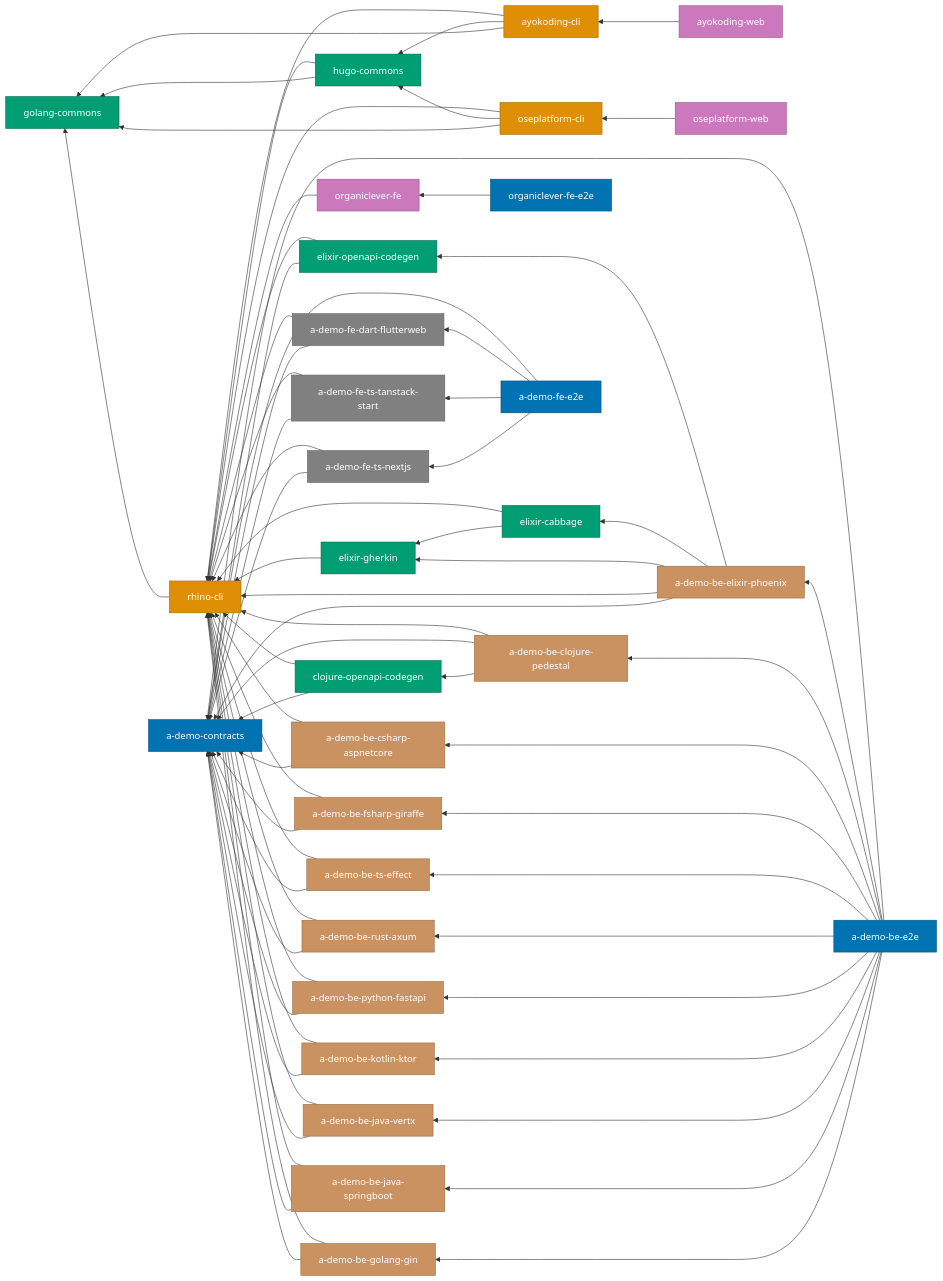
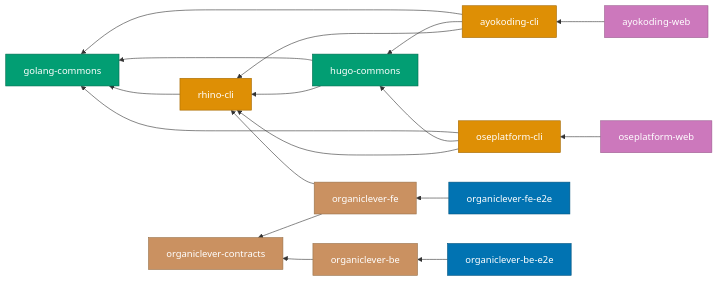
One commit to wahidyankf/open-sharia-enterprise changed the diagram in docs/reference/project-dependency-graph.md. Above: the diagram before and after it, drawn with Mermaid. The commit also changed other lines of this file and 41 other files, not shown here.

````diff
--- a/docs/reference/project-dependency-graph.md
+++ b/docs/reference/project-dependency-graph.md
@@ -58,54 +56,24 @@
 ```mermaid
 graph RL
-  %% Specs (leaf)
-  DC[a-demo-contracts]
-
   %% Go libs (leaf / near-leaf)
   GC[golang-commons]
   HC[hugo-commons]
-
-  %% Elixir libs
-  EG[elixir-gherkin]
-  EC[elixir-cabbage]
-  EOC[elixir-openapi-codegen]
-
-  %% Clojure lib
-  COC[clojure-openapi-codegen]
 
   %% CLI tools
   RC[rhino-cli]
   AKC[ayokoding-cli]
   OPC[oseplatform-cli]
 
-  %% Hugo sites
+  %% Content sites
   AKW[ayokoding-web]
   OPW[oseplatform-web]
 
   %% OrganicLever
-  OLW[organiclever-fe]
-  OLE[organiclever-fe-e2e]
-
-  %% Demo backends (grouped)
-  GOLANG[a-demo-be-golang-gin]
-  SPRING[a-demo-be-java-springboot]
-  VERTX[a-demo-be-java-vertx]
-  KOTLIN[a-demo-be-kotlin-ktor]
-  PYTHON[a-demo-be-python-fastapi]
-  RUST[a-demo-be-rust-axum]
-  EFFECT[a-demo-be-ts-effect]
-  FSHARP[a-demo-be-fsharp-giraffe]
-  CSHARP[a-demo-be-csharp-aspnetcore]
-  CLOJURE[a-demo-be-clojure-pedestal]
-  ELIXIR[a-demo-be-elixir-phoenix]
-
-  %% Demo frontends
-  NEXTJS[a-demo-fe-ts-nextjs]
-  TANSTACK[a-demo-fe-ts-tanstack-start]
-  FLUTTER[a-demo-fe-dart-flutterweb]
-
-  %% E2E
-  BEE2E[a-demo-be-e2e]
-  FEE2E[a-demo-fe-e2e]
+  OLF[organiclever-fe]
+  OLB[organiclever-be]
+  OLC[organiclever-contracts]
+  OLFE2E[organiclever-fe-e2e]
+  OLBE2E[organiclever-be-e2e]
 
   %% --- Dependency edges ---
 
@@ -120,91 +88,27 @@
   OPC --> HC
   OPC --> RC
 
-  %% Hugo sites
+  %% Content sites
   AKW --> AKC
   OPW --> OPC
 
-  %% Elixir lib chain
-  EC --> EG
-  EC --> RC
-  EG --> RC
-  EOC --> DC
-  EOC --> RC
-  COC --> DC
-  COC --> RC
-
   %% OrganicLever
-  OLW --> RC
-  OLE --> OLW
-
-  %% Demo backends -> shared deps
-  GOLANG --> DC
-  GOLANG --> RC
-  SPRING --> DC
-  SPRING --> RC
-  VERTX --> DC
-  VERTX --> RC
-  KOTLIN --> DC
-  KOTLIN --> RC
-  PYTHON --> DC
-  PYTHON --> RC
-  RUST --> DC
-  RUST --> RC
-  EFFECT --> DC
-  EFFECT --> RC
-  FSHARP --> DC
-  FSHARP --> RC
-  CSHARP --> DC
-  CSHARP --> RC
-  CLOJURE --> COC
-  CLOJURE --> DC
-  CLOJURE --> RC
-  ELIXIR --> DC
-  ELIXIR --> RC
-  ELIXIR --> EG
-  ELIXIR --> EC
-  ELIXIR --> EOC
-
-  %% Demo frontends -> shared deps
-  NEXTJS --> DC
-  NEXTJS --> RC
-  TANSTACK --> DC
-  TANSTACK --> RC
-  FLUTTER --> DC
-  FLUTTER --> RC
-
-  %% E2E -> apps
-  BEE2E --> GOLANG
-  BEE2E --> SPRING
-  BEE2E --> VERTX
-  BEE2E --> KOTLIN
-  BEE2E --> PYTHON
-  BEE2E --> RUST
-  BEE2E --> EFFECT
-  BEE2E --> FSHARP
-  BEE2E --> CSHARP
-  BEE2E --> CLOJURE
-  BEE2E --> ELIXIR
-  BEE2E --> DC
-  FEE2E --> NEXTJS
-  FEE2E --> TANSTACK
-  FEE2E --> FLUTTER
-  FEE2E --> DC
+  OLF --> RC
+  OLF --> OLC
+  OLB --> OLC
+  OLFE2E --> OLF
+  OLBE2E --> OLB
 
   %% Styles
-  classDef spec fill:#0173B2,stroke:#01537F,color:#FFFFFF
   classDef lib fill:#029E73,stroke:#016B4E,color:#FFFFFF
   classDef cli fill:#DE8F05,stroke:#A56A04,color:#FFFFFF
   classDef site fill:#CC78BC,stroke:#9A5A8E,color:#FFFFFF
-  classDef backend fill:#CA9161,stroke:#977048,color:#FFFFFF
-  classDef frontend fill:#808080,stroke:#606060,color:#FFFFFF
+  classDef product fill:#CA9161,stroke:#977048,color:#FFFFFF
   classDef e2e fill:#0173B2,stroke:#01537F,color:#FFFFFF
 
-  class DC spec
-  class GC,HC,EG,EC,EOC,COC lib
+  class GC,HC lib
   class RC,AKC,OPC cli
-  class AKW,OPW,OLW site
-  class GOLANG,SPRING,VERTX,KOTLIN,PYTHON,RUST,EFFECT,FSHARP,CSHARP,CLOJURE,ELIXIR backend
-  class NEXTJS,TANSTACK,FLUTTER frontend
-  class BEE2E,FEE2E,OLE e2e
+  class AKW,OPW site
+  class OLF,OLB,OLC product
+  class OLFE2E,OLBE2E e2e
 ```
````
